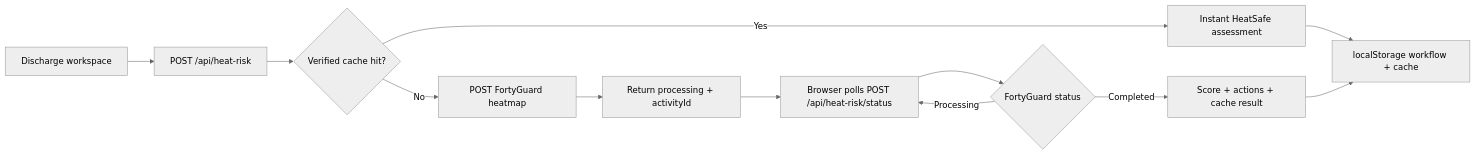
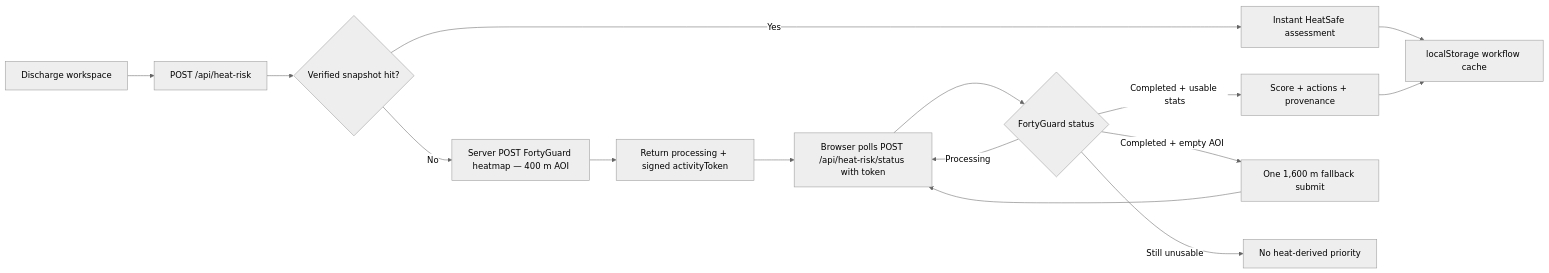
One commit to AK-RM/fortyguard-hackathon changed the diagram in README.md. Above: the diagram before and after it, drawn with Mermaid (neutral theme). The commit also changed other lines of this file and 5 other files, not shown here.

````diff
--- a/README.md
+++ b/README.md
@@ -121,14 +134,17 @@
 ```mermaid
 flowchart LR
     A[Discharge workspace] --> B[POST /api/heat-risk]
-    B --> C{Verified cache hit?}
+    B --> C{Verified snapshot hit?}
     C -->|Yes| D[Instant HeatSafe assessment]
-    C -->|No| E[POST FortyGuard heatmap]
-    E --> F[Return processing + activityId]
-    F --> G[Browser polls POST /api/heat-risk/status]
+    C -->|No| E[Server POST FortyGuard heatmap — 400 m AOI]
+    E --> F[Return processing + signed activityToken]
+    F --> G[Browser polls POST /api/heat-risk/status with token]
     G --> H{FortyGuard status}
-    H -->|Completed| I[Score + actions + cache result]
+    H -->|Completed + usable stats| I[Score + actions + provenance]
+    H -->|Completed + empty AOI| J[One 1,600 m fallback submit]
+    J --> G
     H -->|Processing| G
-    D --> J[localStorage workflow + cache]
-    I --> J
+    H -->|Still unusable| K[No heat-derived priority]
+    D --> L[localStorage workflow cache]
+    I --> L
 ```
````
